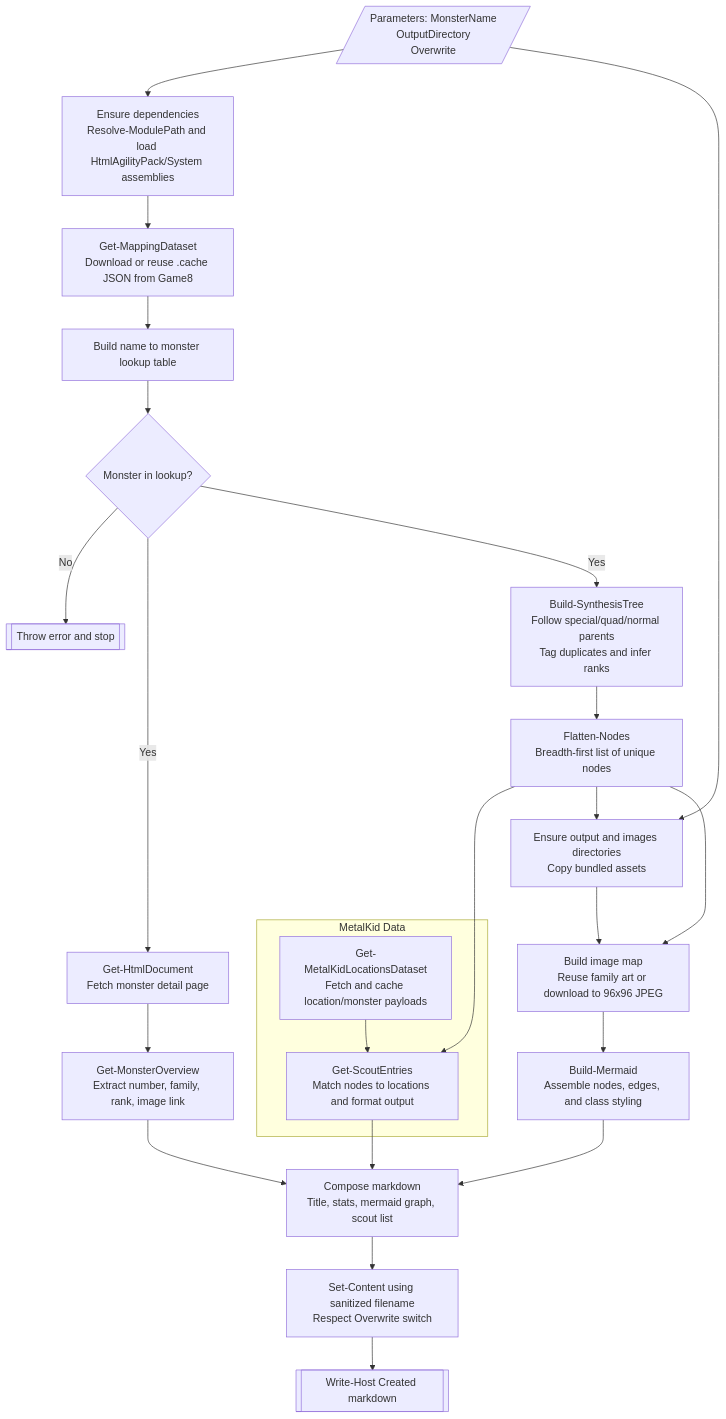
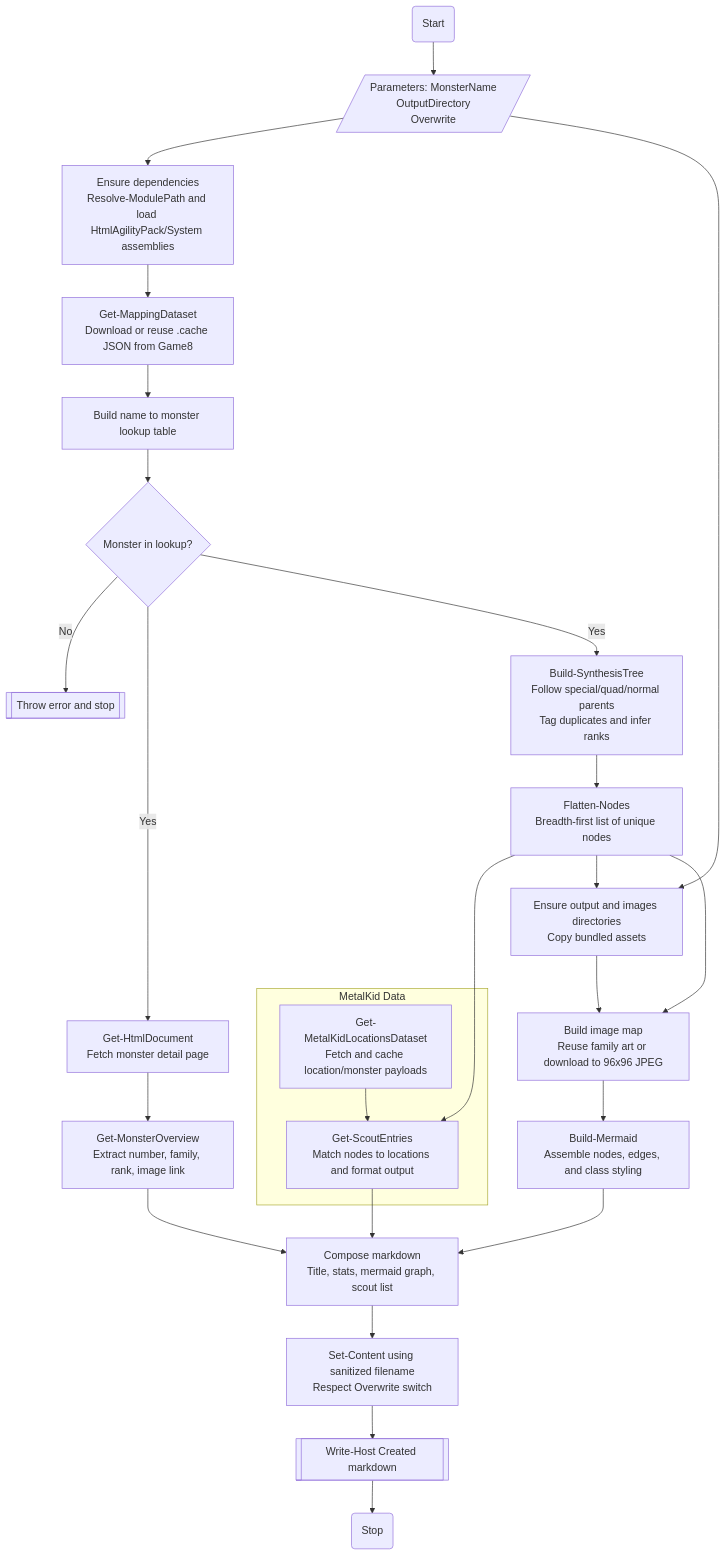
The diagram in README.md (DevilDogTG/Dqm3.MonsterTreeMarkdown), drawn with Mermaid before and after one commit.

Commit message:
feat: added start-stop nodes

````diff
--- a/README.md
+++ b/README.md
@@ -19,38 +19,42 @@
 ```mermaid
 flowchart TD
+    start(Start)
     args[/Parameters: MonsterName<br/>OutputDirectory<br/>Overwrite/]
     deps[Ensure dependencies<br/>Resolve-ModulePath and load HtmlAgilityPack/System assemblies]
     mapping[Get-MappingDataset<br/>Download or reuse .cache JSON from Game8]
     lookup[Build name to monster lookup table]
     check{Monster in lookup?}
     abort[[Throw error and stop]]
     detail[Get-HtmlDocument<br/>Fetch monster detail page]
     overview[Get-MonsterOverview<br/>Extract number, family, rank, image link]
     tree[Build-SynthesisTree<br/>Follow special/quad/normal parents<br/>Tag duplicates and infer ranks]
     flatten[Flatten-Nodes<br/>Breadth-first list of unique nodes]
     prepare[Ensure output and images directories<br/>Copy bundled assets]
     images[Build image map<br/>Reuse family art or download to 96x96 JPEG]
     mermaidStep[Build-Mermaid<br/>Assemble nodes, edges, and class styling]
     markdown[Compose markdown<br/>Title, stats, mermaid graph, scout list]
     write[Set-Content using sanitized filename<br/>Respect Overwrite switch]
     done[[Write-Host Created markdown]]
+    stop(Stop)
 
+    start --> args
     args --> deps --> mapping --> lookup --> check
     check -->|No| abort
     check -->|Yes| detail --> overview
     check -->|Yes| tree --> flatten
 
     subgraph MetalKid Data
         metalkid[Get-MetalKidLocationsDataset<br/>Fetch and cache location/monster payloads]
         scouts[Get-ScoutEntries<br/>Match nodes to locations and format output]
         metalkid --> scouts
     end
 
     flatten --> scouts
     args --> prepare
     flatten --> prepare --> images --> mermaidStep
     flatten --> images
     overview --> markdown
     scouts --> markdown
     mermaidStep --> markdown --> write --> done
+    done --> stop
 ```
````
